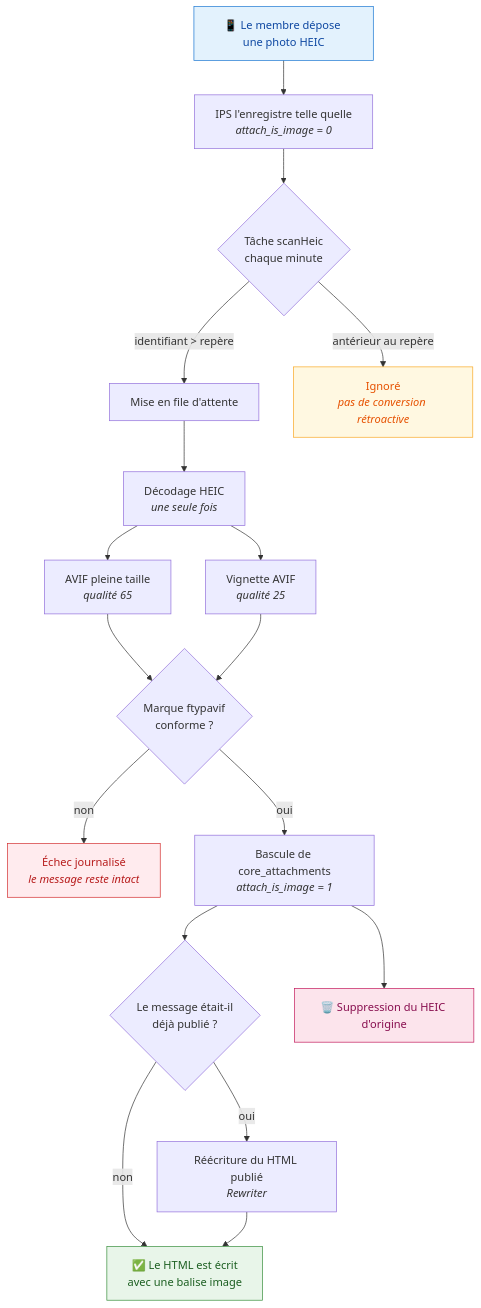
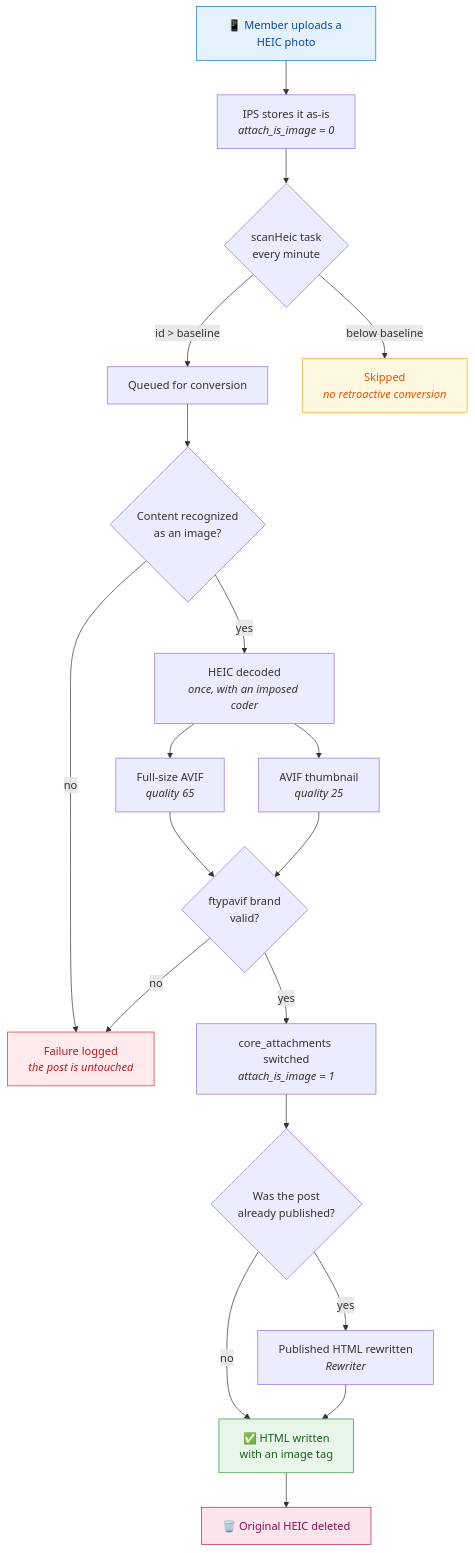
The diagram in README.md (PaulArgoud/ips-heic-uploads), drawn with Mermaid before and after one commit. The commit also changed other lines of this file and 2 other files, not shown here.

````diff
--- a/README.md
+++ b/README.md
@@ -32,29 +31,32 @@
 ```mermaid
 flowchart TD
-    A["📱 Le membre dépose une photo HEIC"] --> B["IPS l'enregistre telle quelle<br/><i>attach_is_image = 0</i>"]
-    B --> C{"Tâche scanHeic<br/>chaque minute"}
-    C -->|"identifiant &gt; repère"| D["Mise en file d'attente"]
-    C -->|"antérieur au repère"| Z["Ignoré<br/><i>pas de conversion rétroactive</i>"]
+    A["📱 Member uploads a HEIC photo"] --> B["IPS stores it as-is<br/><i>attach_is_image = 0</i>"]
+    B --> C{"scanHeic task<br/>every minute"}
+    C -->|"id &gt; baseline"| D["Queued for conversion"]
+    C -->|"below baseline"| Z["Skipped<br/><i>no retroactive conversion</i>"]
 
-    D --> E["Décodage HEIC<br/><i>une seule fois</i>"]
-    E --> F["AVIF pleine taille<br/><i>qualité 65</i>"]
-    E --> G["Vignette AVIF<br/><i>qualité 25</i>"]
+    D --> S{"Content recognized<br/>as an image?"}
+    S -->|no| X["Failure logged<br/><i>the post is untouched</i>"]
+    S -->|yes| E["HEIC decoded<br/><i>once, with an imposed coder</i>"]
 
-    F --> H{"Marque ftypavif<br/>conforme ?"}
+    E --> F["Full-size AVIF<br/><i>quality 65</i>"]
+    E --> G["AVIF thumbnail<br/><i>quality 25</i>"]
+
+    F --> H{"ftypavif brand<br/>valid?"}
     G --> H
-    H -->|non| X["Échec journalisé<br/><i>le message reste intact</i>"]
-    H -->|oui| I["Bascule de core_attachments<br/><i>attach_is_image = 1</i>"]
+    H -->|no| X
+    H -->|yes| I["core_attachments switched<br/><i>attach_is_image = 1</i>"]
 
-    I --> J{"Le message était-il<br/>déjà publié ?"}
-    J -->|non| K["✅ Le HTML est écrit<br/>avec une balise image"]
-    J -->|oui| L["Réécriture du HTML publié<br/><i>Rewriter</i>"]
+    I --> J{"Was the post<br/>already published?"}
+    J -->|no| K["✅ HTML written<br/>with an image tag"]
+    J -->|yes| L["Published HTML rewritten<br/><i>Rewriter</i>"]
     L --> K
 
-    I --> M["🗑️ Suppression du HEIC d'origine"]
+    K --> M["🗑️ Original HEIC deleted"]
 
     style A fill:#e3f2fd,stroke:#1976d2,color:#0d47a1
     style K fill:#e8f5e9,stroke:#388e3c,color:#1b5e20
     style X fill:#ffebee,stroke:#d32f2f,color:#b71c1c
     style Z fill:#fff8e1,stroke:#f9a825,color:#e65100
     style M fill:#fce4ec,stroke:#c2185b,color:#880e4f
 ```
````
